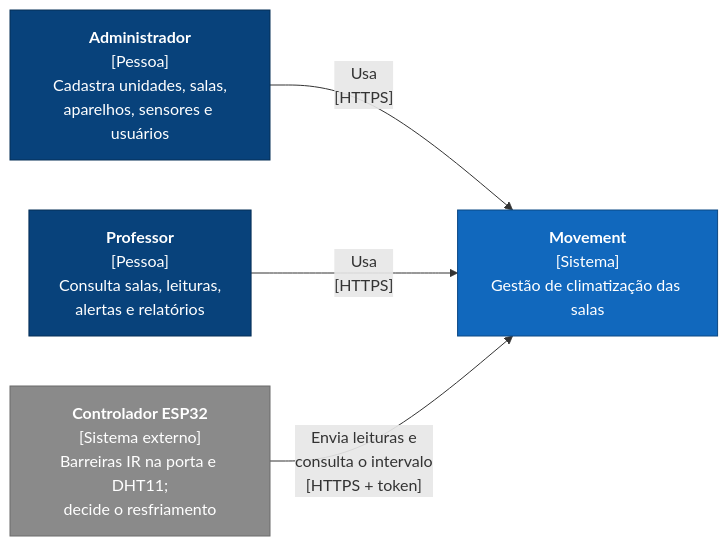
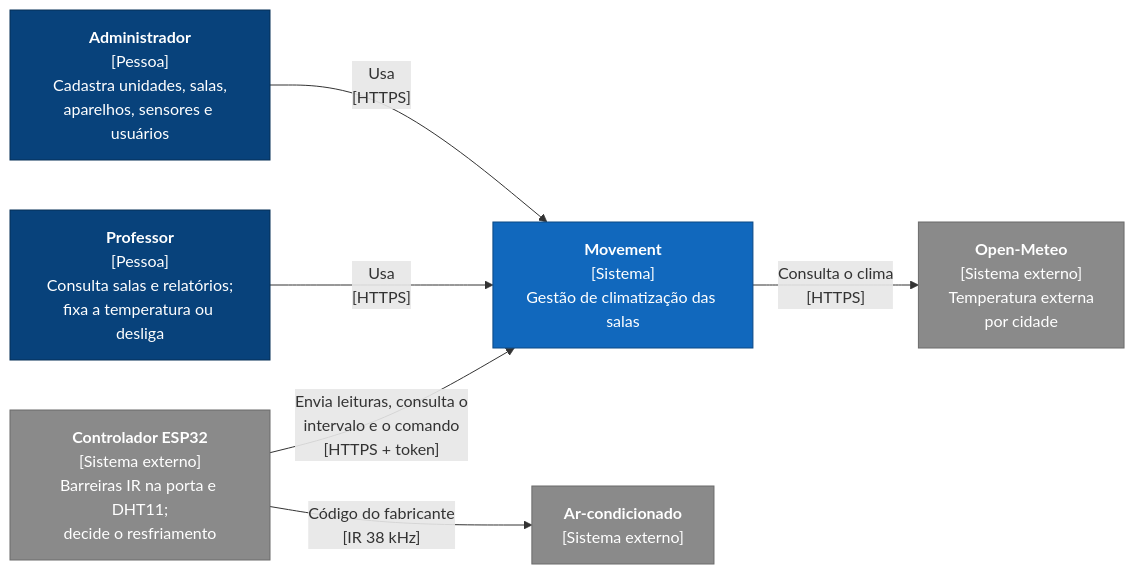
One commit to expotech2026-2/Projeto-Movement-2.0 changed the first of 5 diagrams in docs/arquitetura.md. Above: the diagram before and after it, drawn with Mermaid. The commit also changed other lines of this file and 26 other files, not shown here.

First line of the commit message:
feat: controle do professor, clima externo e alvo pelo corpo humano (NR-17)

````diff
--- a/docs/arquitetura.md
+++ b/docs/arquitetura.md
@@ -22,16 +22,20 @@
 ```mermaid
 flowchart LR
   admin["<b>Administrador</b><br/>[Pessoa]<br/>Cadastra unidades, salas,<br/>aparelhos, sensores e usuários"]
-  prof["<b>Professor</b><br/>[Pessoa]<br/>Consulta salas, leituras,<br/>alertas e relatórios"]
+  prof["<b>Professor</b><br/>[Pessoa]<br/>Consulta salas e relatórios;<br/>fixa a temperatura ou desliga"]
   esp["<b>Controlador ESP32</b><br/>[Sistema externo]<br/>Barreiras IR na porta e DHT11;<br/>decide o resfriamento"]
   movement["<b>Movement</b><br/>[Sistema]<br/>Gestão de climatização das salas"]
+  meteo["<b>Open-Meteo</b><br/>[Sistema externo]<br/>Temperatura externa<br/>por cidade"]
+  ac["<b>Ar-condicionado</b><br/>[Sistema externo]"]
   admin -- "Usa<br/>[HTTPS]" --> movement
   prof -- "Usa<br/>[HTTPS]" --> movement
-  esp -- "Envia leituras e<br/>consulta o intervalo<br/>[HTTPS + token]" --> movement
+  esp -- "Envia leituras, consulta o<br/>intervalo e o comando<br/>[HTTPS + token]" --> movement
+  movement -- "Consulta o clima<br/>[HTTPS]" --> meteo
+  esp -- "Código do fabricante<br/>[IR 38 kHz]" --> ac
   classDef person fill:#08427b,stroke:#052e56,color:#ffffff
   classDef system fill:#1168bd,stroke:#0b4884,color:#ffffff
   classDef external fill:#8a8a8a,stroke:#6b6b6b,color:#ffffff
   class admin,prof person
   class movement system
-  class esp external
+  class esp,meteo,ac external
 ```
````
